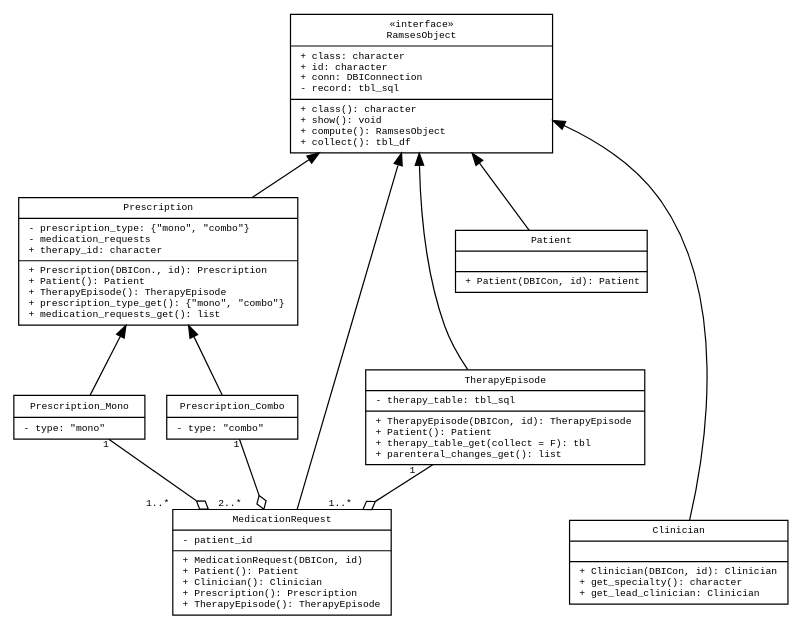
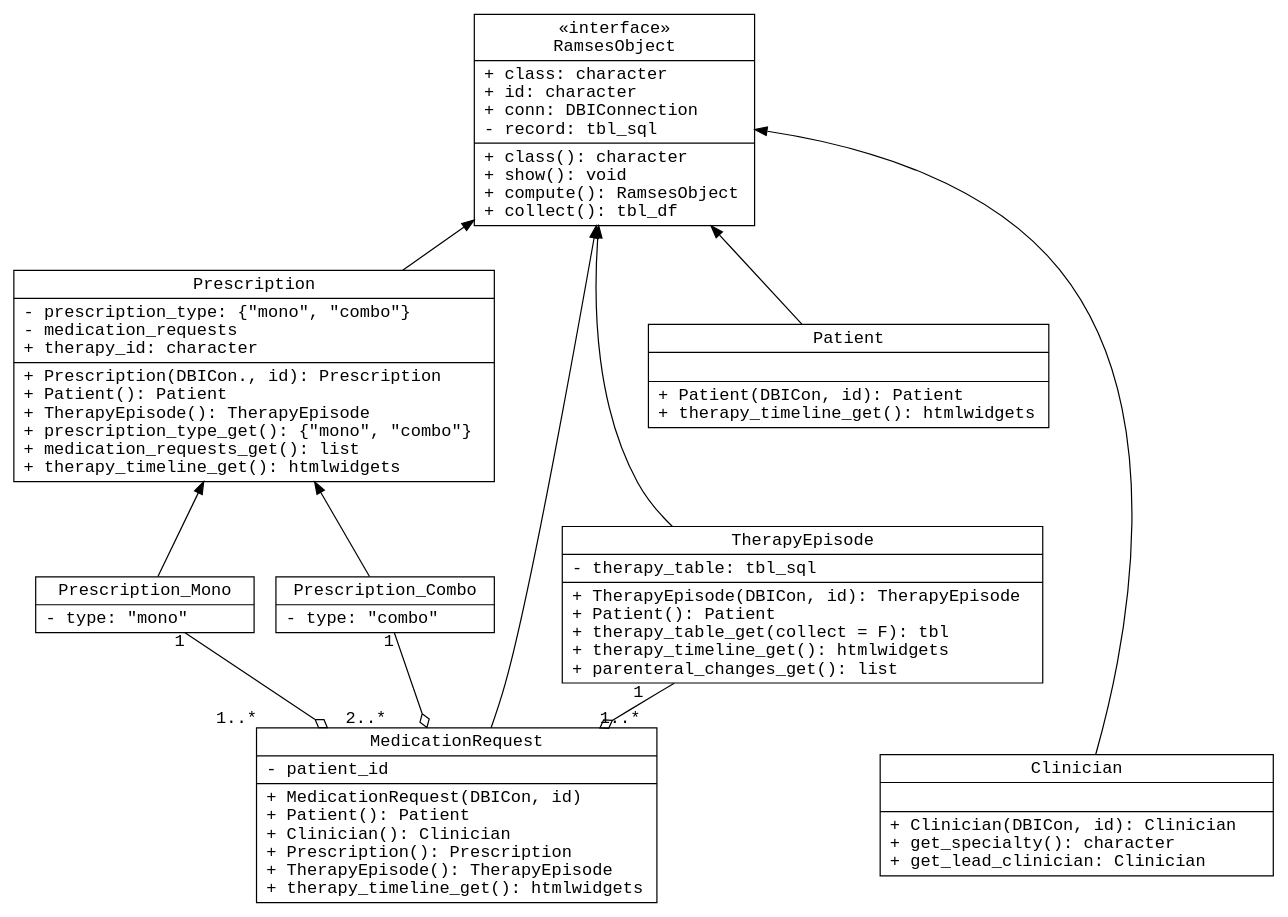
One commit to ramses-antibiotics/ramses-package changed the diagram in vignettes/ramses-objects/ramses-med-class-diagram.gv. Above: the diagram before and after it, drawn with Graphviz. The commit also changed 12 other files, not shown here.

Commit message:
improve documentation, refactor therapy_table_get #37

```diff
--- a/vignettes/ramses-objects/ramses-med-class-diagram.gv
+++ b/vignettes/ramses-objects/ramses-med-class-diagram.gv
@@ -1,150 +1,150 @@
 digraph G {
-  fontsize = 8
+  fontsize = 10
 
   node [
           fontname = "monospace"
-          fontsize = 8
           shape = "record"
-          width = 1.5
+          width = 2.5
   ]
 
   edge [
           fontname = "monospace"
-          fontsize = 8
   ]
 
 # arrowheads
 # Association open
 # Inheritance empty
 # Realisation/implementation empty + style=dashed
 # Dependency open + style=dashed
 # Aggregation odiamond
 # Composition diamond
 
 
 # Interface
 RamsesObject [
-  width = 3
+  width = 3.2
   label = "{«interface»\n
   RamsesObject|
   + class: character\l
   + id: character\l
   + conn: DBIConnection\l
   - record: tbl_sql\l|
   
   + class(): character\l
   + show(): void\l
   + compute(): RamsesObject\l
   + collect(): tbl_df\l}"
 ]
 
 Prescription [
-  width = 3.2
+  width = 5.5
   label = "{Prescription|
   - prescription_type: \{\"mono\", \"combo\"\}\l
   - medication_requests\l
   + therapy_id: character\l|
   
   + Prescription(DBICon., id): Prescription\l
   + Patient(): Patient\l
   + TherapyEpisode(): TherapyEpisode\l
   + prescription_type_get(): \{\"mono\", \"combo\"\}\l
-  + medication_requests_get(): list\l}"
+  + medication_requests_get(): list\l
+  + therapy_timeline_get(): htmlwidgets\l}"
 ]
 
 Prescription_Mono [
   label = "{Prescription_Mono|
   - type: \"mono\"\l
   }"
 ]
 
 Prescription_Combo [
   label = "{Prescription_Combo|
   - type: \"combo\"\l
   }"
 ]
 
 MedicationRequest [
-  width = 2.5
+  width = 4.5
   label = "{MedicationRequest|
   - patient_id\l|
   
   + MedicationRequest(DBICon, id)\l
   + Patient(): Patient\l
   + Clinician(): Clinician\l
   + Prescription(): Prescription\l
-  + TherapyEpisode(): TherapyEpisode\l}"
+  + TherapyEpisode(): TherapyEpisode\l
+  + therapy_timeline_get(): htmlwidgets\l}"
 ]
 
 TherapyEpisode [
-  width = 3.2
+  width = 5.5
   label = "{TherapyEpisode|
   - therapy_table: tbl_sql\l|
   
   + TherapyEpisode(DBICon, id): TherapyEpisode\l
   + Patient(): Patient\l
   + therapy_table_get(collect = F): tbl\l
+  + therapy_timeline_get(): htmlwidgets\l
   + parenteral_changes_get(): list\l}"
-#  +???
-#  + therapy_timeline_get()
 #  + medication_request_get(): list\l}"
 ]
 
 Patient [
-  width = 2.2
+  width = 4.5
   label = "{Patient|
   \l|
-  + Patient(DBICon, id): Patient\l}"
+  + Patient(DBICon, id): Patient\l
+  + therapy_timeline_get(): htmlwidgets\l}"
 ]
 
 Clinician [
-  width = 2.5
+  width = 4.5
   label = "{Clinician|
   \l|
   + Clinician(DBICon, id): Clinician\l
   + get_specialty(): character\l
   + get_lead_clinician: Clinician\l}"
 ]
 
 /*
 TherapyList [
 label = "{TherapyList|\l+ id: list\l+ type: \"therapy-list\"\l- TherapyTable: tbl\l+ lazy_status: boolean\l|+ fetch(): data.frame\l + therapy_table(): list\l}"
 ]
 */
 
 
 RamsesObject -> Prescription [dir=back]
 Prescription -> Prescription_Mono [dir=back]
 Prescription -> Prescription_Combo [dir=back]
 RamsesObject -> MedicationRequest [dir=back]
 
 RamsesObject -> Patient [dir=back]
 RamsesObject -> Clinician [dir=back]
 RamsesObject -> TherapyEpisode [dir=back]
 
 TherapyEpisode -> MedicationRequest [ constraint=false
   arrowhead=odiamond
   headlabel = "1..*  "
   taillabel = "1   "]
 Prescription_Mono -> MedicationRequest [ constraint=false
   arrowhead=odiamond
   headlabel = "1..*       "
   taillabel = "1"]
 Prescription_Combo -> MedicationRequest [
   arrowhead=odiamond
   headlabel = "2..*    "
   taillabel = "1"]
 
 
 Patient -> Clinician [ style = invis ]; 
 TherapyEpisode -> Clinician  [ style = invis ]; 
 Patient -> TherapyEpisode  [ style = invis ]; 
 
 
 /*
 TherapyEpisode -> TherapyList [constraint=false
   arrowtail=odiamond
   headlabel = "2..*  "
   taillabel = "0..*  "]
 */  
 }
```
